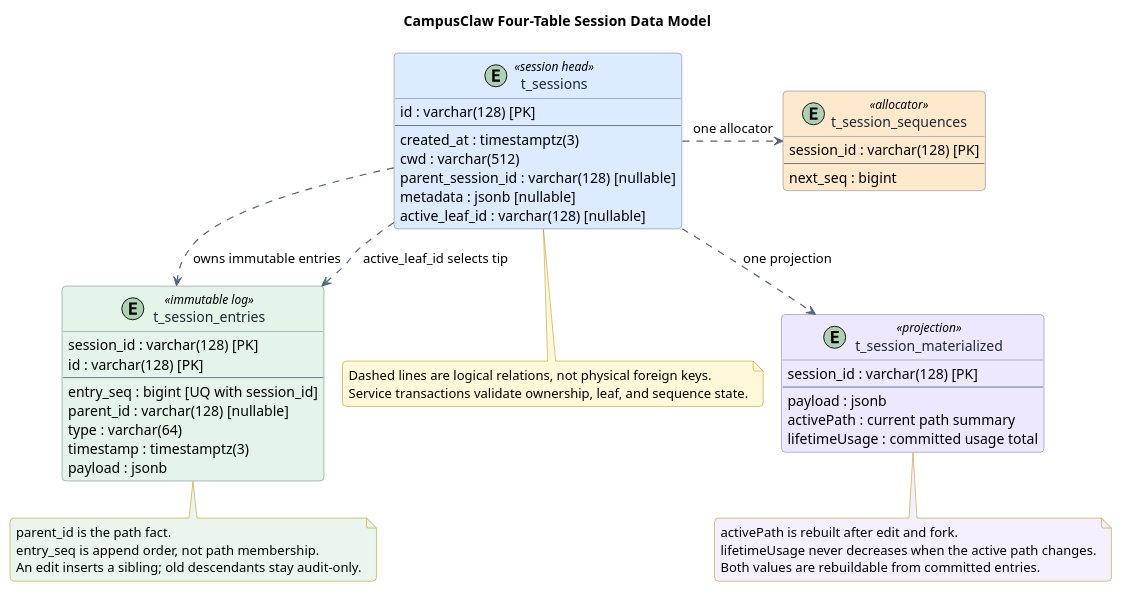
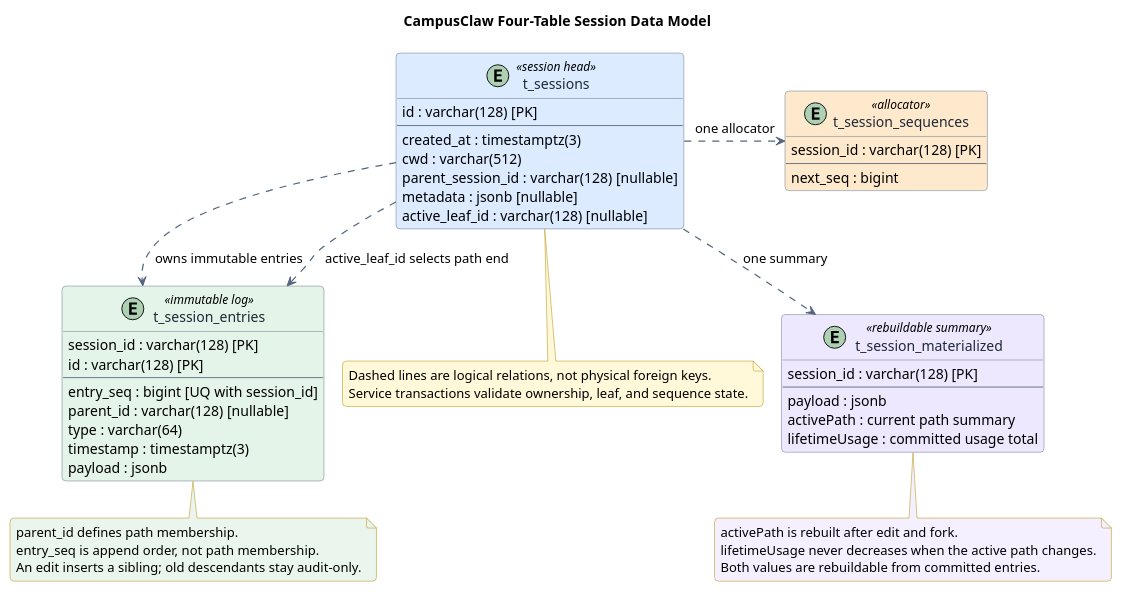
One commit to ssm0808/pi-mono-java-design changed the third of 4 diagrams in diagrams/memory/diagram.puml. Above: the diagram before and after it, drawn with PlantUML. The commit also changed other lines of this file and 8 other files, not shown here.

```diff
--- a/diagrams/memory/diagram.puml
+++ b/diagrams/memory/diagram.puml
@@ -165,92 +165,92 @@
 @startuml memory-data-model
 !pragma layout smetana
 title CampusClaw Four-Table Session Data Model
 top to bottom direction
 
 skinparam backgroundColor #FFFFFF
 skinparam shadowing false
 skinparam roundcorner 8
 skinparam classAttributeIconSize 0
 skinparam classBorderColor #697789
 skinparam classFontColor #1F2937
 skinparam defaultTextAlignment left
 skinparam ArrowColor #53657D
 skinparam ArrowThickness 1.2
 skinparam NoteBorderColor #B58B00
 skinparam NoteBackgroundColor #FFF8D9
 
 ' Source evidence:
 ' - badlogic/pi-mono@f0deb8dd8e9611e89b5bc4145ca92c03ae6ed4ee
 ' - packages/storage/sqlite-node/src/sqlite/migrations/001_initial.sql: lines 1-59
 ' - packages/storage/sqlite-node/src/sqlite/migrations/002_branch_tips.sql: lines 1-12
 ' - packages/storage/sqlite-node/src/sqlite/storage/session-materialized.ts
 ' Observed behavior: pi has seven Session tables after its two migrations.
 ' Target-only product constraint: CampusClaw removes branch cache tables,
 ' entry materialized labels, generic moveTo, and arbitrary branch queries.
 ' Target adaptation: retain parent_id and active_leaf_id for immutable edits.
 ' Type adaptation: bounded VARCHAR, BIGINT, TIMESTAMPTZ(3), and JSONB.
 ' Design reason: use a two-by-two table grid instead of a 2331-pixel row.
 
 entity "t_sessions" as sessions <<session head>> #DCEBFF {
   id : varchar(128) [PK]
   --
   created_at : timestamptz(3)
   cwd : varchar(512)
   parent_session_id : varchar(128) [nullable]
   metadata : jsonb [nullable]
   active_leaf_id : varchar(128) [nullable]
 }
 
 entity "t_session_sequences" as sequences <<allocator>> #FFE9CC {
   session_id : varchar(128) [PK]
   --
   next_seq : bigint
 }
 
 entity "t_session_entries" as entries <<immutable log>> #E4F4E8 {
   session_id : varchar(128) [PK]
   id : varchar(128) [PK]
   --
   entry_seq : bigint [UQ with session_id]
   parent_id : varchar(128) [nullable]
   type : varchar(64)
   timestamp : timestamptz(3)
   payload : jsonb
 }
 
-entity "t_session_materialized" as materialized <<projection>> #EEE8FF {
+entity "t_session_materialized" as materialized <<rebuildable summary>> #EEE8FF {
   session_id : varchar(128) [PK]
   --
   payload : jsonb
   activePath : current path summary
   lifetimeUsage : committed usage total
 }
 
 sessions -[hidden]right- sequences
 entries -[hidden]right- materialized
 sessions -[hidden]down- entries
 sequences -[hidden]down- materialized
 
 sessions ..> entries : owns immutable entries
-sessions ..> entries : active_leaf_id selects tip
+sessions ..> entries : active_leaf_id selects path end
 sessions ..> sequences : one allocator
-sessions ..> materialized : one projection
+sessions ..> materialized : one summary
 
 note bottom of entries #EAF6ED
-parent_id is the path fact.
+parent_id defines path membership.
 entry_seq is append order, not path membership.
 An edit inserts a sibling; old descendants stay audit-only.
 end note
 
 note bottom of materialized #F5F0FF
 activePath is rebuilt after edit and fork.
 lifetimeUsage never decreases when the active path changes.
 Both values are rebuildable from committed entries.
 end note
 
 note bottom of sessions
 Dashed lines are logical relations, not physical foreign keys.
 Service transactions validate ownership, leaf, and sequence state.
 end note
 
 @enduml
```
